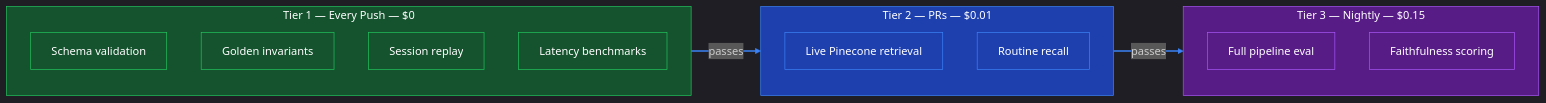
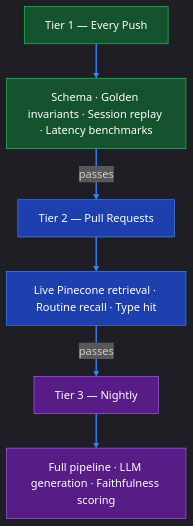
Before and after one commit to HenryDeGrasse/LegacyLens: the fourth of 4 diagrams in presentation.md, drawn with Mermaid. The commit also changed other lines of this file, not shown here.

Commit message:
docs: make parser and evals diagrams vertical TD for readability

````diff
--- a/presentation.md
+++ b/presentation.md
@@ -200,36 +196,26 @@
 ```mermaid +render
 %%{init: {'theme': 'dark'}}%%
-flowchart LR
-    subgraph T1["Tier 1 — Every Push — $0"]
-        S["Schema validation"]
-        GI["Golden invariants"]
-        RP["Session replay"]
-        BM["Latency benchmarks"]
-    end
+flowchart TD
+    T1["Tier 1 — Every Push"]
+    S["Schema · Golden invariants · Session replay · Latency benchmarks"]
 
-    subgraph T2["Tier 2 — PRs — $0.01"]
-        RET["Live Pinecone retrieval"]
-        RC["Routine recall"]
-    end
+    T2["Tier 2 — Pull Requests"]
+    RET["Live Pinecone retrieval · Routine recall · Type hit"]
 
-    subgraph T3["Tier 3 — Nightly — $0.15"]
-        FP["Full pipeline eval"]
-        FA["Faithfulness scoring"]
-    end
+    T3["Tier 3 — Nightly"]
+    FP["Full pipeline · LLM generation · Faithfulness scoring"]
 
-    T1 -->|passes| T2
-    T2 -->|passes| T3
+    T1 --> S
+    S -->|passes| T2
+    T2 --> RET
+    RET -->|passes| T3
+    T3 --> FP
 
     style T1 fill:#14532d,stroke:#22c55e,color:#fff
+    style S fill:#14532d,stroke:#22c55e,color:#fff
     style T2 fill:#1e40af,stroke:#3b82f6,color:#fff
+    style RET fill:#1e40af,stroke:#3b82f6,color:#fff
     style T3 fill:#581c87,stroke:#a855f7,color:#fff
-    style S fill:#14532d,stroke:#22c55e,color:#fff
-    style GI fill:#14532d,stroke:#22c55e,color:#fff
-    style RP fill:#14532d,stroke:#22c55e,color:#fff
-    style BM fill:#14532d,stroke:#22c55e,color:#fff
-    style RET fill:#1e40af,stroke:#3b82f6,color:#fff
-    style RC fill:#1e40af,stroke:#3b82f6,color:#fff
     style FP fill:#581c87,stroke:#a855f7,color:#fff
-    style FA fill:#581c87,stroke:#a855f7,color:#fff
     linkStyle default stroke:#3b82f6,stroke-width:2px
 ```
````
